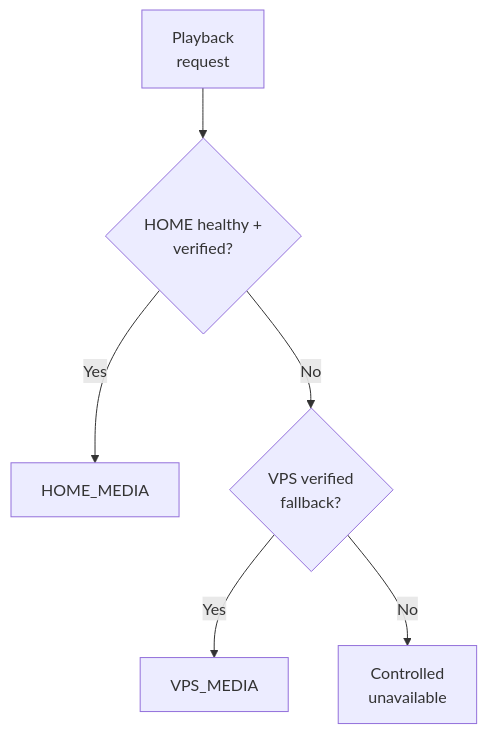
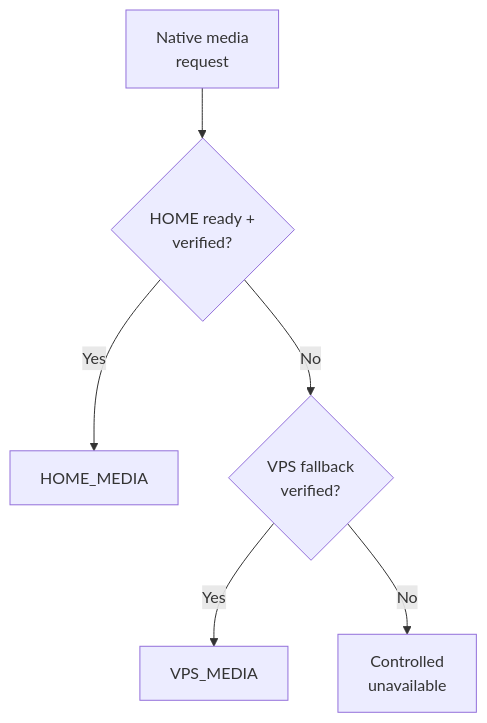
One commit to wilderruiz/millenova-project changed the third of 3 diagrams in docs/media/DISTRIBUTED_MEDIA_NODE.md. Above: the diagram before and after it, drawn with Mermaid. The commit also changed other lines of this file, not shown here.

Commit message:
docs: update DMN status and native-only routing boundary

````diff
--- a/docs/media/DISTRIBUTED_MEDIA_NODE.md
+++ b/docs/media/DISTRIBUTED_MEDIA_NODE.md
@@ -196,8 +120,8 @@
 ```mermaid
 flowchart TD
-    NEED["Playback<br/>request"] --> H{"HOME healthy +<br/>verified?"}
+    NEED["Native media<br/>request"] --> H{"HOME ready +<br/>verified?"}
     H -->|Yes| HOME["HOME_MEDIA"]
-    H -->|No| V{"VPS verified<br/>fallback?"}
+    H -->|No| V{"VPS fallback<br/>verified?"}
     V -->|Yes| VPS["VPS_MEDIA"]
     V -->|No| FAIL["Controlled<br/>unavailable"]
 ```
````
